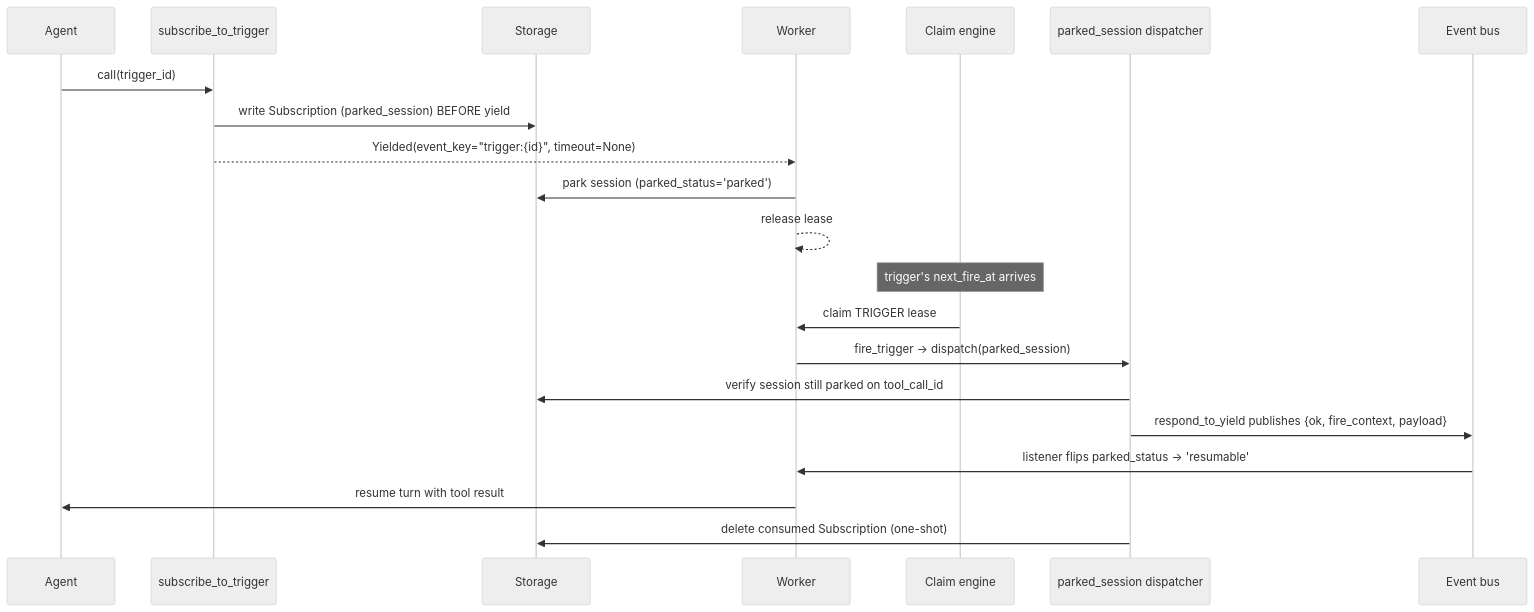
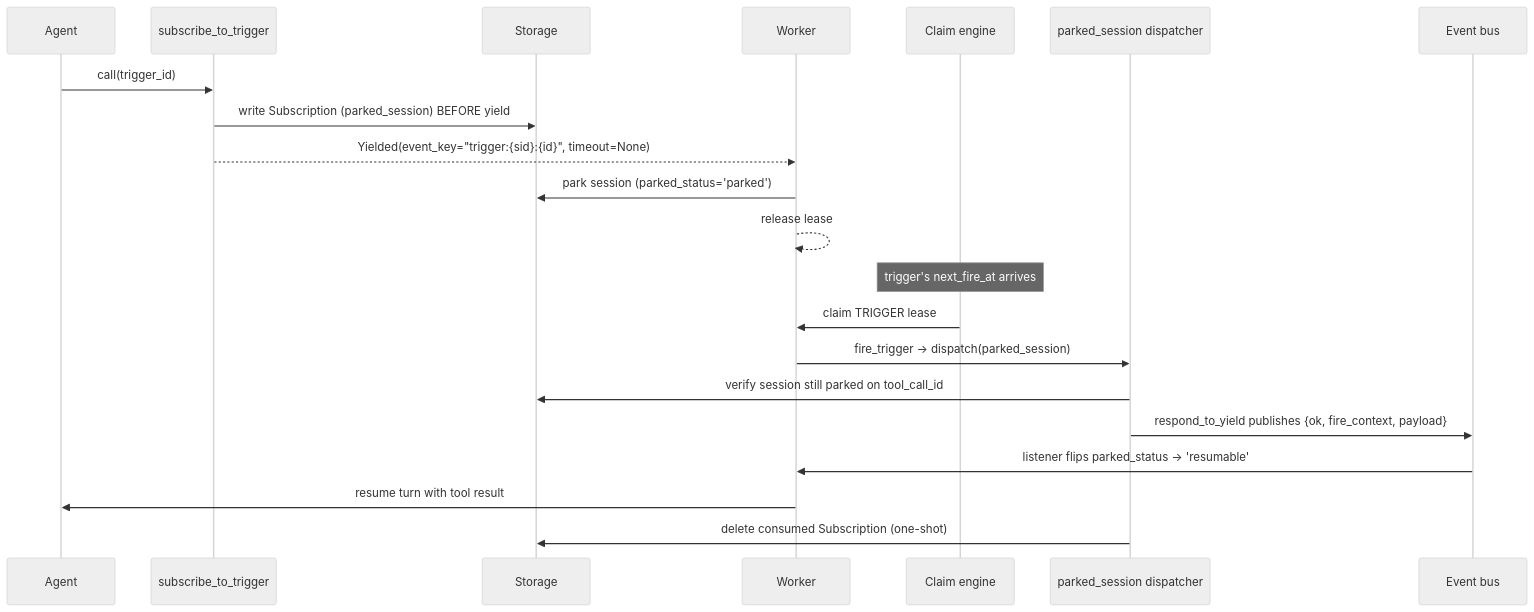
Before and after one commit to primerhq/primer: the second of 2 diagrams in docs/dev/subsystems/triggers.md, drawn with Mermaid (neutral theme). The commit also changed other lines of this file and 4 other files, not shown here.

Commit message:
docs: a machine wake names the park it read; the flip refuses a timeout marker or timer fire whose deadline is still ahead; the timer key carries the session

````diff
--- a/docs/dev/subsystems/triggers.md
+++ b/docs/dev/subsystems/triggers.md
@@ -109,24 +109,24 @@
 ```mermaid
 sequenceDiagram
     participant Agent
     participant Tool as subscribe_to_trigger
     participant Store as Storage
     participant Worker
     participant Engine as Claim engine
     participant Disp as parked_session dispatcher
     participant Bus as Event bus
 
     Agent->>Tool: call(trigger_id)
     Tool->>Store: write Subscription (parked_session) BEFORE yield
-    Tool-->>Worker: Yielded(event_key="trigger:{id}", timeout=None)
+    Tool-->>Worker: Yielded(event_key="trigger:{sid}:{id}", timeout=None)
     Worker->>Store: park session (parked_status='parked')
     Worker-->>Worker: release lease
     Note over Engine: trigger's next_fire_at arrives
     Engine->>Worker: claim TRIGGER lease
     Worker->>Disp: fire_trigger -> dispatch(parked_session)
     Disp->>Store: verify session still parked on tool_call_id
     Disp->>Bus: respond_to_yield publishes {ok, fire_context, payload}
     Bus->>Worker: listener flips parked_status -> 'resumable'
     Worker->>Agent: resume turn with tool result
     Disp->>Store: delete consumed Subscription (one-shot)
 ```
````
